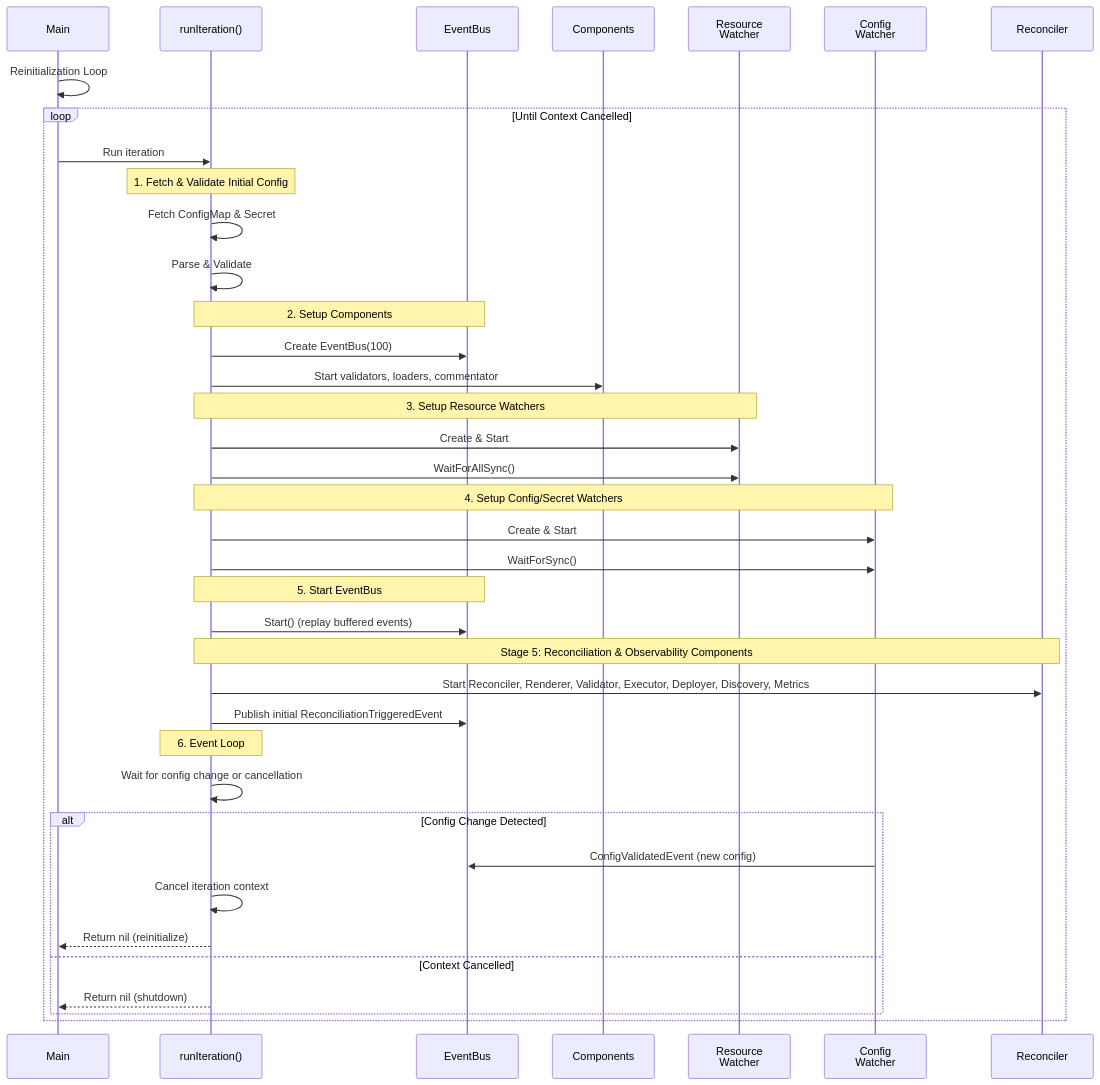
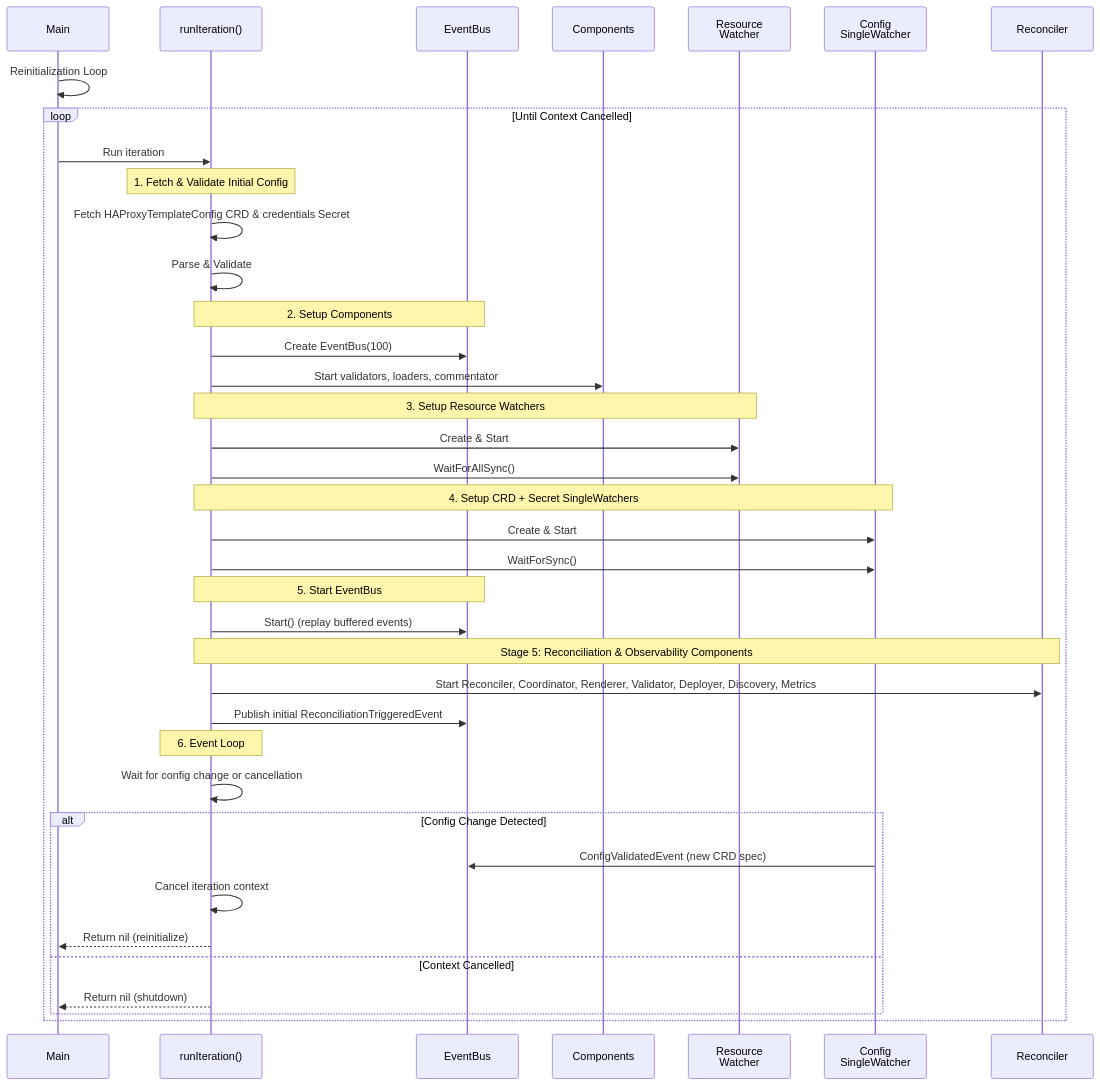
Before and after one commit to HAProxy-Template-IC/haproxy-template-ingress-controller: the first of 4 diagrams in docs/controller/docs/development/design/sequence-diagrams.md, drawn with Mermaid. The commit also changed other lines of this file and 71 other files, not shown here.

Commit message:
docs: fix drift and align with current CRD, metrics, and chart defaults

````diff
--- a/docs/controller/docs/development/design/sequence-diagrams.md
+++ b/docs/controller/docs/development/design/sequence-diagrams.md
@@ -7,50 +7,50 @@
 ```mermaid
 sequenceDiagram
     participant Main
     participant Iteration as runIteration()
     participant EventBus
     participant Components
     participant ResourceWatcher as Resource<br/>Watcher
-    participant ConfigWatcher as Config<br/>Watcher
+    participant ConfigWatcher as Config<br/>SingleWatcher
     participant Reconciler
 
     Main->>Main: Reinitialization Loop
 
     loop Until Context Cancelled
         Main->>Iteration: Run iteration
 
         Note over Iteration: 1. Fetch & Validate Initial Config
-        Iteration->>Iteration: Fetch ConfigMap & Secret
+        Iteration->>Iteration: Fetch HAProxyTemplateConfig CRD & credentials Secret
         Iteration->>Iteration: Parse & Validate
 
         Note over Iteration,EventBus: 2. Setup Components
         Iteration->>EventBus: Create EventBus(100)
         Iteration->>Components: Start validators, loaders, commentator
 
         Note over Iteration,ResourceWatcher: 3. Setup Resource Watchers
         Iteration->>ResourceWatcher: Create & Start
         Iteration->>ResourceWatcher: WaitForAllSync()
 
-        Note over Iteration,ConfigWatcher: 4. Setup Config/Secret Watchers
+        Note over Iteration,ConfigWatcher: 4. Setup CRD + Secret SingleWatchers
         Iteration->>ConfigWatcher: Create & Start
         Iteration->>ConfigWatcher: WaitForSync()
 
         Note over Iteration,EventBus: 5. Start EventBus
         Iteration->>EventBus: Start() (replay buffered events)
 
         Note over Iteration,Reconciler: Stage 5: Reconciliation & Observability Components
-        Iteration->>Reconciler: Start Reconciler, Renderer, Validator, Executor, Deployer, Discovery, Metrics
+        Iteration->>Reconciler: Start Reconciler, Coordinator, Renderer, Validator, Deployer, Discovery, Metrics
         Iteration->>EventBus: Publish initial ReconciliationTriggeredEvent
 
         Note over Iteration: 6. Event Loop
         Iteration->>Iteration: Wait for config change or cancellation
 
         alt Config Change Detected
-            ConfigWatcher->>EventBus: ConfigValidatedEvent (new config)
+            ConfigWatcher->>EventBus: ConfigValidatedEvent (new CRD spec)
             Iteration->>Iteration: Cancel iteration context
             Iteration-->>Main: Return nil (reinitialize)
         else Context Cancelled
             Iteration-->>Main: Return nil (shutdown)
         end
     end
 ```
````
